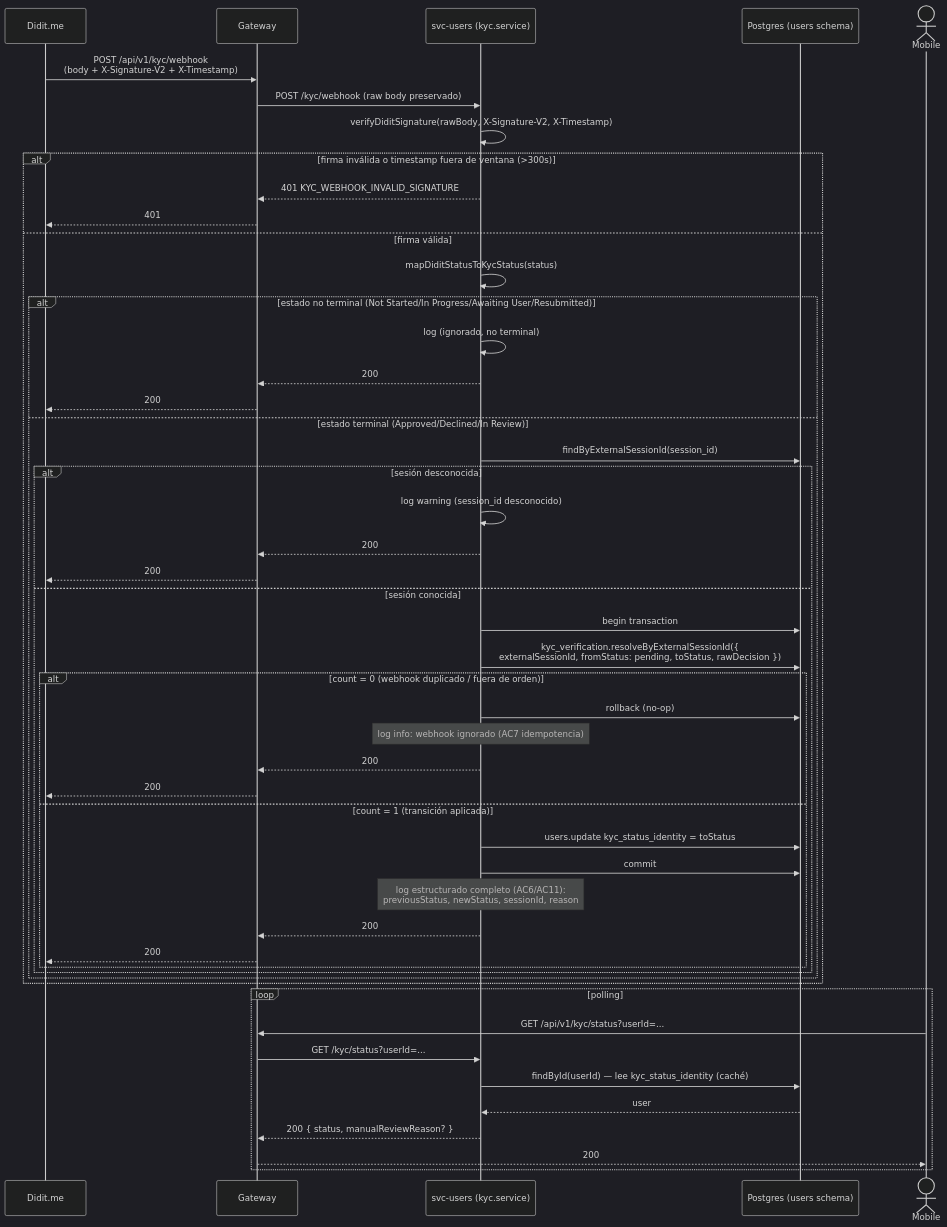
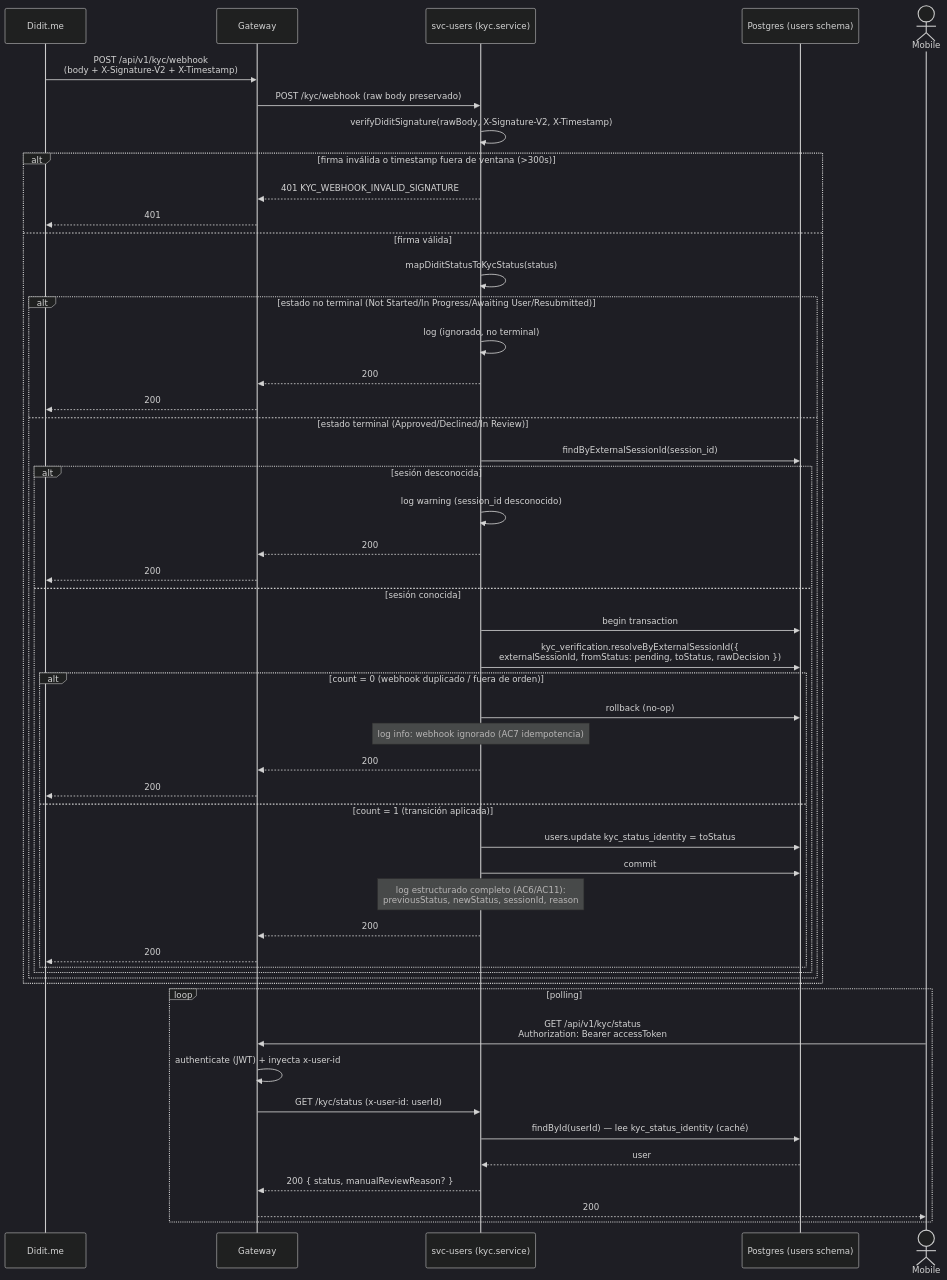
Before and after one commit to movosend/movo: the second of 2 diagrams in docs/kyc/sequence-diagram.md, drawn with Mermaid (dark theme). The commit also changed other lines of this file and 2 other files, not shown here.

First line of the commit message:
docs: reflejar la revision de PR #51 en CLAUDE.md, README y diagrama de KYC

````diff
--- a/docs/kyc/sequence-diagram.md
+++ b/docs/kyc/sequence-diagram.md
@@ -48,55 +54,56 @@
 ```mermaid
 sequenceDiagram
     participant Didit as Didit.me
     participant GW as Gateway
     participant SU as svc-users (kyc.service)
     participant DB as Postgres (users schema)
     actor Mobile
 
     Didit->>GW: POST /api/v1/kyc/webhook<br/>(body + X-Signature-V2 + X-Timestamp)
     GW->>SU: POST /kyc/webhook (raw body preservado)
 
     SU->>SU: verifyDiditSignature(rawBody, X-Signature-V2, X-Timestamp)
     alt firma inválida o timestamp fuera de ventana (>300s)
         SU-->>GW: 401 KYC_WEBHOOK_INVALID_SIGNATURE
         GW-->>Didit: 401
     else firma válida
         SU->>SU: mapDiditStatusToKycStatus(status)
         alt estado no terminal (Not Started/In Progress/Awaiting User/Resubmitted)
             SU->>SU: log (ignorado, no terminal)
             SU-->>GW: 200
             GW-->>Didit: 200
         else estado terminal (Approved/Declined/In Review)
             SU->>DB: findByExternalSessionId(session_id)
             alt sesión desconocida
                 SU->>SU: log warning (session_id desconocido)
                 SU-->>GW: 200
                 GW-->>Didit: 200
             else sesión conocida
                 SU->>DB: begin transaction
                 SU->>DB: kyc_verification.resolveByExternalSessionId({<br/>externalSessionId, fromStatus: pending, toStatus, rawDecision })
                 alt count = 0 (webhook duplicado / fuera de orden)
                     SU->>DB: rollback (no-op)
                     Note over SU: log info: webhook ignorado (AC7 idempotencia)
                     SU-->>GW: 200
                     GW-->>Didit: 200
                 else count = 1 (transición aplicada)
                     SU->>DB: users.update kyc_status_identity = toStatus
                     SU->>DB: commit
                     Note over SU: log estructurado completo (AC6/AC11):<br/>previousStatus, newStatus, sessionId, reason
                     SU-->>GW: 200
                     GW-->>Didit: 200
                 end
             end
         end
     end
 
     loop polling
-        Mobile->>GW: GET /api/v1/kyc/status?userId=...
-        GW->>SU: GET /kyc/status?userId=...
+        Mobile->>GW: GET /api/v1/kyc/status<br/>Authorization: Bearer accessToken
+        GW->>GW: authenticate (JWT) + inyecta x-user-id
+        GW->>SU: GET /kyc/status (x-user-id: userId)
         SU->>DB: findById(userId) — lee kyc_status_identity (caché)
         DB-->>SU: user
         SU-->>GW: 200 { status, manualReviewReason? }
         GW-->>Mobile: 200
     end
 ```
````
